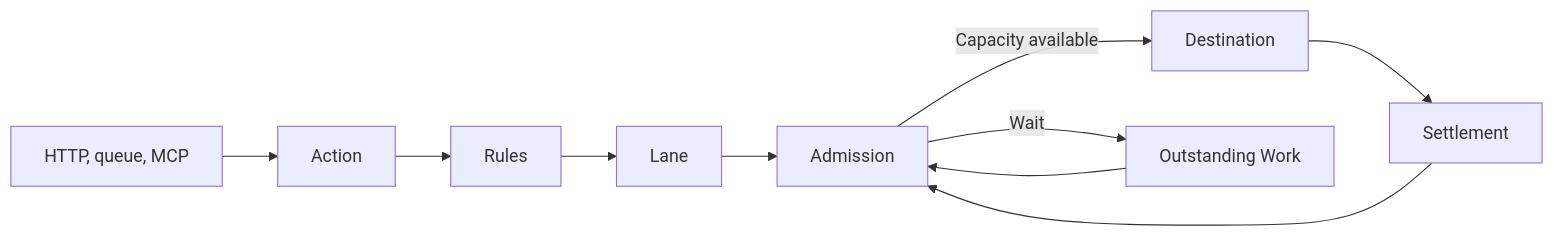
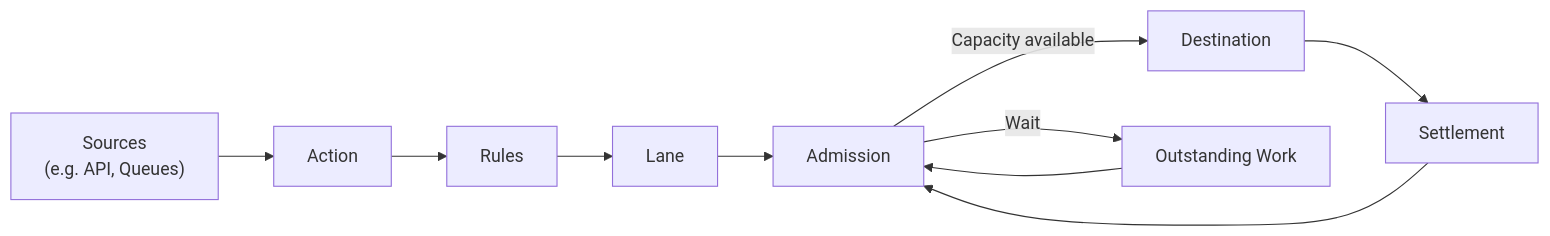
The diagram in fundamentals/overview.mdx (arklowsc/docs), drawn with Mermaid before and after one commit. The commit also changed other lines of this file, not shown here.

````diff
--- a/fundamentals/overview.mdx
+++ b/fundamentals/overview.mdx
@@ -8,12 +8,12 @@
 ```mermaid actions={false}
 flowchart LR
-    S["HTTP, queue, MCP"] --> A["Action"]
+    S["Sources \n (e.g. API, Queues)"] --> A["Action"]
     A --> R["Rules"]
     R --> L["Lane"]
     L --> G["Admission"]
     G -->|"Capacity available"| D["Destination"]
     G -->|"Wait"| W["Outstanding Work"]
     W --> G
     D --> O["Settlement"]
     O --> G
 ```
````
